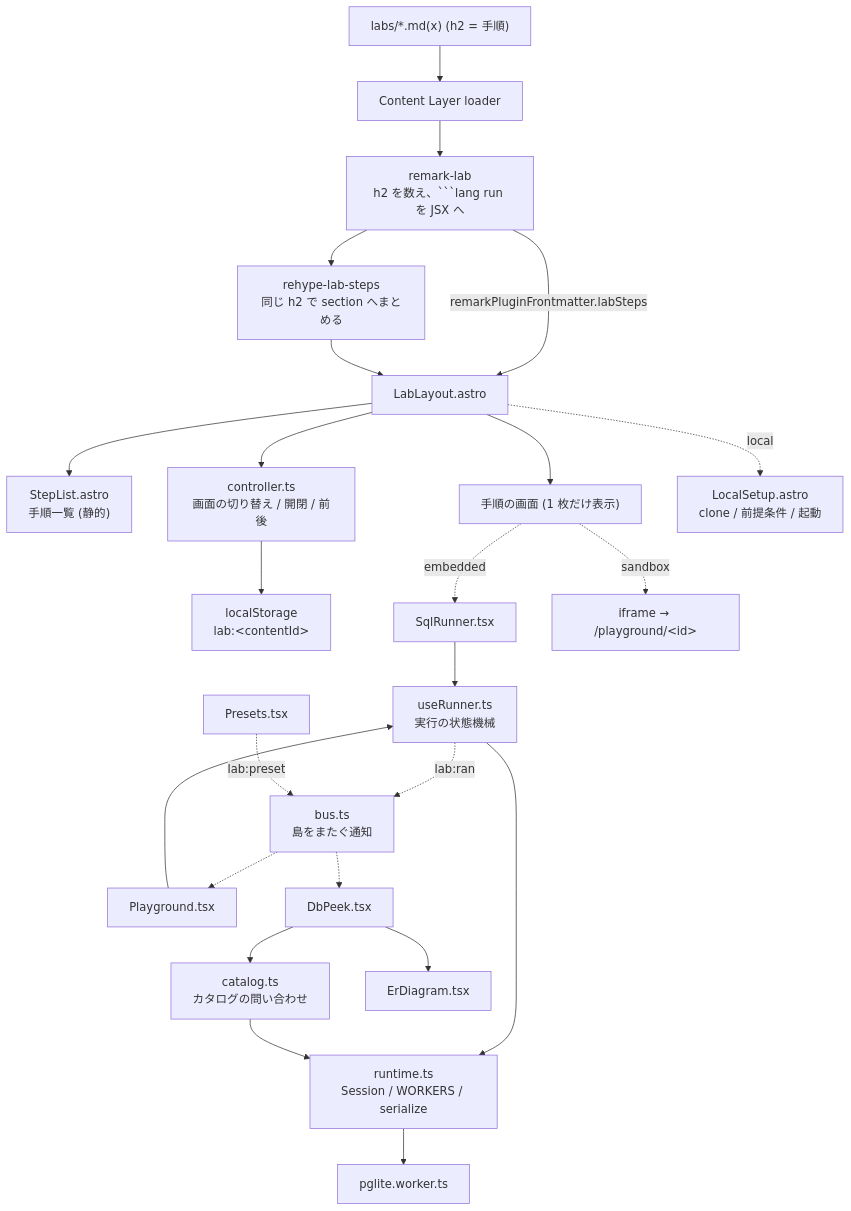
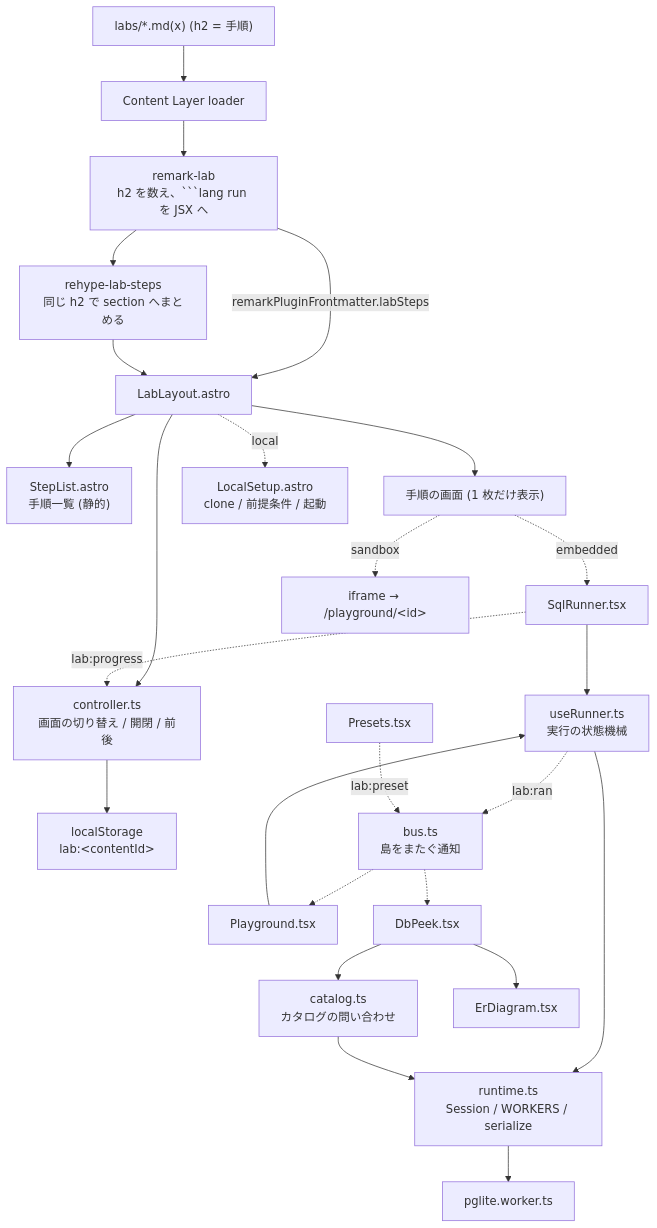
The second of 2 diagrams in apps/web/src/features/lab/DesignDoc.md (Fukuemon/fukuemon.dev), drawn with Mermaid before and after one commit. The commit also changed other lines of this file and 15 other files, not shown here.

`````diff
--- a/apps/web/src/features/lab/DesignDoc.md
+++ b/apps/web/src/features/lab/DesignDoc.md
@@ -322,26 +322,27 @@
 ````mermaid
 flowchart TD
     md["labs/*.md(x) (h2 = 手順)"] --> loader["Content Layer loader"]
     loader --> remark["remark-lab<br/>h2 を数え、```lang run を JSX へ"]
     remark -->|"remarkPluginFrontmatter.labSteps"| layout["LabLayout.astro"]
     remark --> rehype["rehype-lab-steps<br/>同じ h2 で section へまとめる"]
     rehype --> layout
     layout --> list["StepList.astro<br/>手順一覧 (静的)"]
     layout --> ctl["controller.ts<br/>画面の切り替え / 開閉 / 前後"]
     ctl --> ls["localStorage<br/>lab:&lt;contentId&gt;"]
     layout --> body["手順の画面 (1 枚だけ表示)"]
     body -.->|"embedded"| runner["SqlRunner.tsx"]
     pg["Playground.tsx"] --> hook
     runner --> hook["useRunner.ts<br/>実行の状態機械"]
     hook --> rt["runtime.ts<br/>Session / WORKERS / serialize"]
     rt --> w["pglite.worker.ts"]
     hook -.->|"lab:ran"| bus["bus.ts<br/>島をまたぐ通知"]
+    runner -.->|"lab:progress"| ctl
     preset["Presets.tsx"] -.->|"lab:preset"| bus
     bus -.-> pg
     bus -.-> peek["DbPeek.tsx"]
     peek --> cat["catalog.ts<br/>カタログの問い合わせ"]
     cat --> rt
     peek --> er["ErDiagram.tsx"]
     body -.->|"sandbox"| frame["iframe → /playground/&lt;id&gt;"]
     layout -.->|"local"| setup["LocalSetup.astro<br/>clone / 前提条件 / 起動"]
 ````
`````
